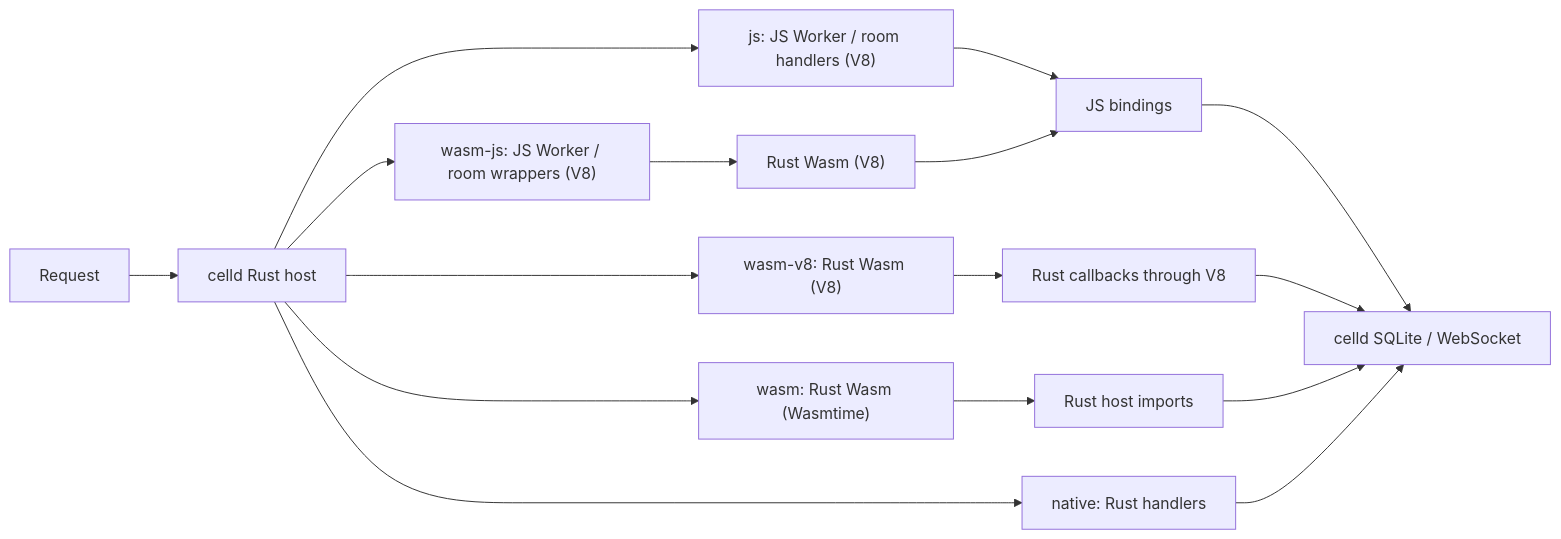
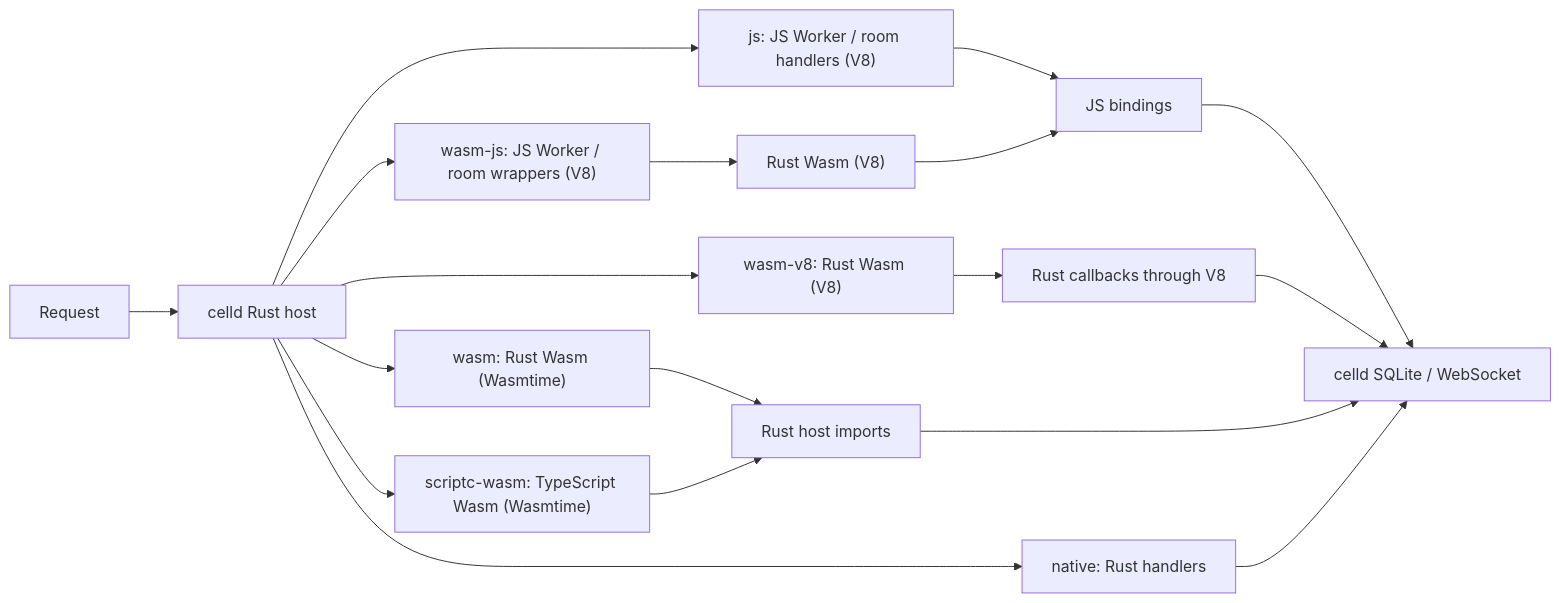
Before and after one commit to hyfdev/celld-campfire-bench: the diagram in README.md, drawn with Mermaid. The commit also changed other lines of this file and 1 other file, not shown here.

Commit message:
docs: show scriptc results in the main README

````diff
--- a/README.md
+++ b/README.md
@@ -75,15 +98,16 @@
 ```mermaid
 flowchart LR
     REQUEST["Request"] --> HOST["celld Rust host"]
     HOST --> JS["js: JS Worker / room handlers (V8)"]
     JS --> JSAPI["JS bindings"]
     HOST --> SHIM["wasm-js: JS Worker / room wrappers (V8)"]
     SHIM --> WASMJS["Rust Wasm (V8)"] --> JSAPI
     HOST --> WASMV8["wasm-v8: Rust Wasm (V8)"] --> CALLBACKS["Rust callbacks through V8"]
     HOST --> WASMTIME["wasm: Rust Wasm (Wasmtime)"] --> IMPORTS["Rust host imports"]
+    HOST --> SCRIPTC["scriptc-wasm: TypeScript Wasm (Wasmtime)"] --> IMPORTS
     HOST --> NATIVE["native: Rust handlers"]
     JSAPI --> STORE["celld SQLite / WebSocket"]
     CALLBACKS --> STORE
     IMPORTS --> STORE
     NATIVE --> STORE
 ```
````
